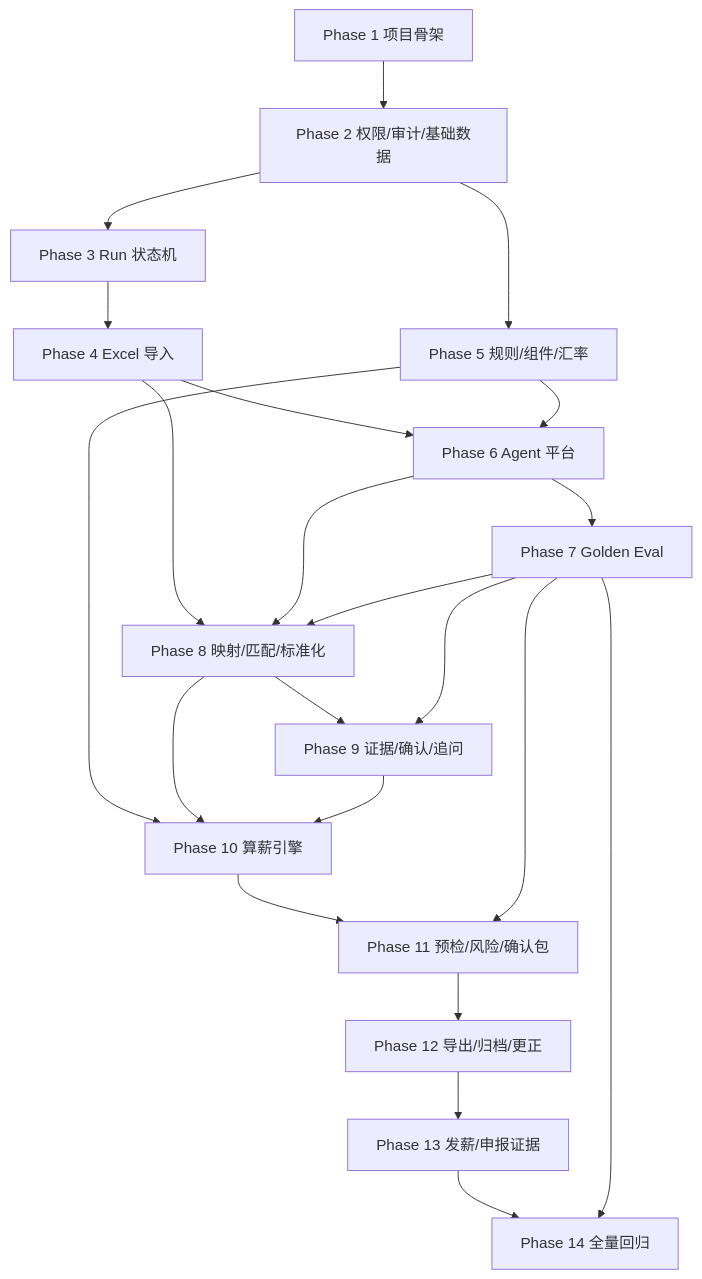
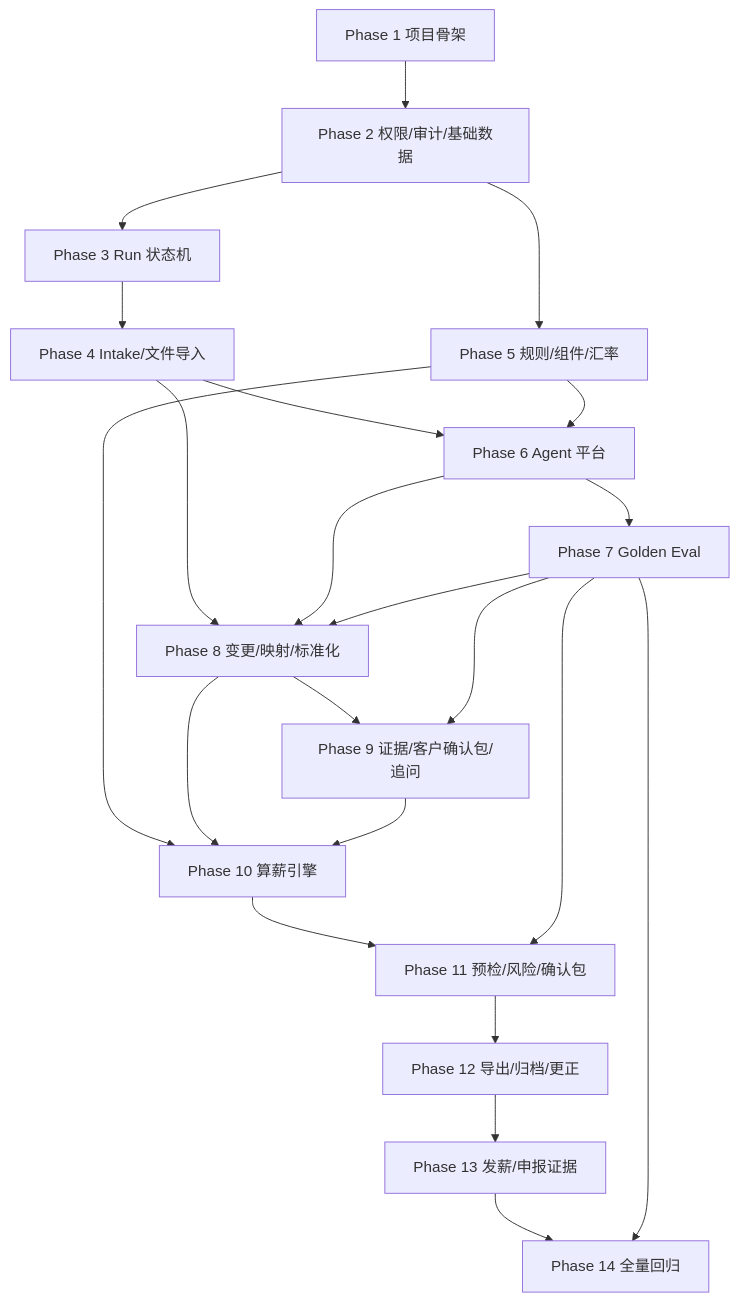
The diagram in DEV-PLAN.md (chpheart/Indonesia-payroll-system), drawn with Mermaid before and after one commit. The commit also changed other lines of this file and 45 other files, not shown here.

Commit message:
feat(phase4): add intake and file parsing workflow

````diff
--- a/DEV-PLAN.md
+++ b/DEV-PLAN.md
@@ -473,24 +522,24 @@
 ```mermaid
 flowchart TD
   P1["Phase 1 项目骨架"] --> P2["Phase 2 权限/审计/基础数据"]
   P2 --> P3["Phase 3 Run 状态机"]
-  P3 --> P4["Phase 4 Excel 导入"]
+  P3 --> P4["Phase 4 Intake/文件导入"]
   P2 --> P5["Phase 5 规则/组件/汇率"]
   P4 --> P6["Phase 6 Agent 平台"]
   P5 --> P6
   P6 --> P7["Phase 7 Golden Eval"]
-  P4 --> P8["Phase 8 映射/匹配/标准化"]
+  P4 --> P8["Phase 8 变更/映射/标准化"]
   P6 --> P8
   P7 --> P8
-  P8 --> P9["Phase 9 证据/确认/追问"]
+  P8 --> P9["Phase 9 证据/客户确认包/追问"]
   P7 --> P9
   P5 --> P10["Phase 10 算薪引擎"]
   P8 --> P10
   P9 --> P10
   P10 --> P11["Phase 11 预检/风险/确认包"]
   P7 --> P11
   P11 --> P12["Phase 12 导出/归档/更正"]
   P12 --> P13["Phase 13 发薪/申报证据"]
   P13 --> P14["Phase 14 全量回归"]
   P7 --> P14
 ```
````
